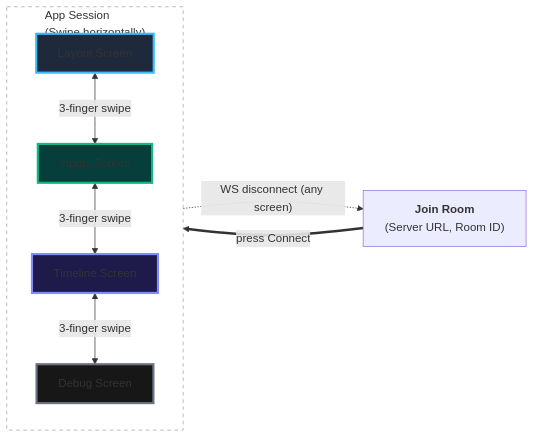
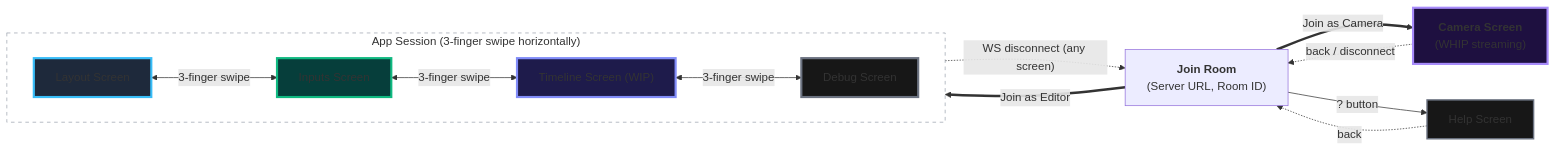
Before and after one commit to smelter-labs/smelter-editor: the first of 4 diagrams in mobile_app/README.md, drawn with Mermaid. The commit also changed other lines of this file and 165 other files, not shown here.

````diff
--- a/mobile_app/README.md
+++ b/mobile_app/README.md
@@ -38,27 +33,33 @@
 ```mermaid
 flowchart LR
     JoinRoom["<b>Join Room</b><br/>(Server URL, Room ID)"]
+    Camera["<b>Camera Screen</b><br/>(WHIP streaming)"]
+    Help["Help Screen"]
 
-    subgraph App ["App Session <br>(Swipe horizontally)"]
-        direction TB
+    subgraph App ["App Session (3-finger swipe horizontally)"]
+        direction LR
         Layout["Layout Screen"]
         Inputs["Inputs Screen"]
-        Timeline["Timeline Screen"]
+        Timeline["Timeline Screen (WIP)"]
         Debug["Debug Screen"]
 
         Layout <-->|"3-finger swipe"| Inputs
         Inputs <-->|"3-finger swipe"| Timeline
         Timeline <-->|"3-finger swipe"| Debug
     end
 
-    %% Connection Logic
-    JoinRoom ==>|"press Connect"| Layout
+    JoinRoom ==>|"Join as Editor"| Layout
+    JoinRoom ==>|"Join as Camera"| Camera
+    JoinRoom -->|"? button"| Help
+    Camera -.->|"back / disconnect"| JoinRoom
+    Help -.->|"back"| JoinRoom
     App -.->|"WS disconnect (any screen)"| JoinRoom
 
-    %% Styling
     style Layout fill:#1E293B,stroke:#38BDF8,stroke-width:3px
     style Inputs fill:#063E3B,stroke:#10B981,stroke-width:3px
     style Timeline fill:#1E1B4B,stroke:#818CF8,stroke-width:3px
     style Debug fill:#171717,stroke:#6B7280,stroke-width:3px
+    style Camera fill:#1E1040,stroke:#A78BFA,stroke-width:3px
+    style Help fill:#171717,stroke:#6B7280,stroke-width:2px
     style App fill:none,stroke:#9ca3af,stroke-dasharray: 5 5
 ```
````
